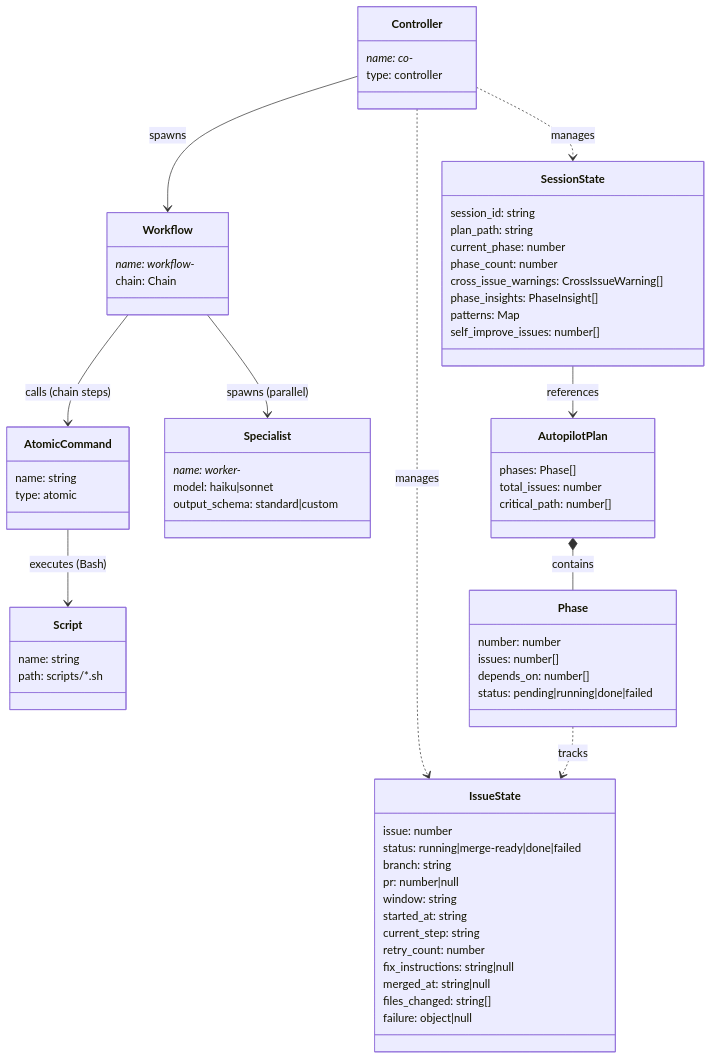
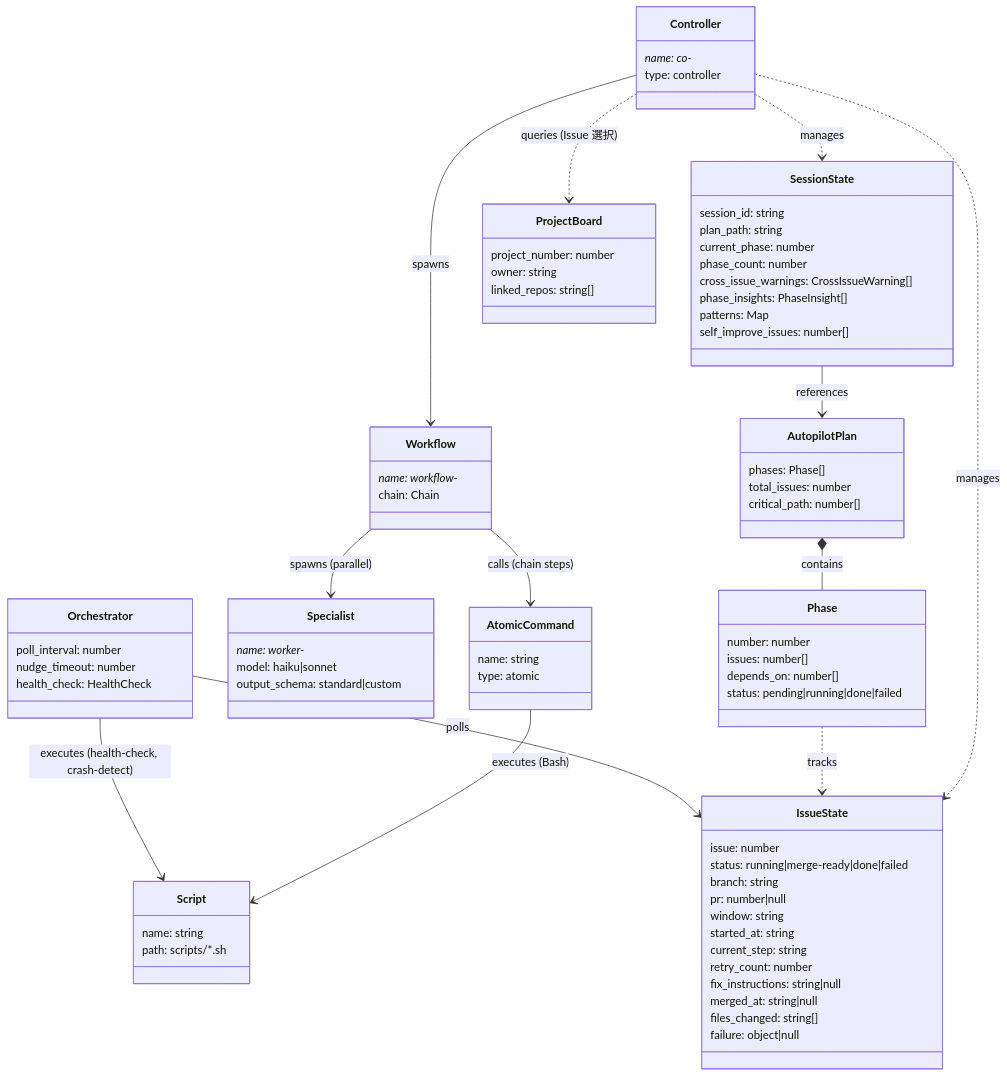
The first of 6 diagrams in plugins/dev/architecture/domain/model.md (shuu5/twill), drawn with Mermaid before and after one commit. The commit also changed other lines of this file and 109 other files, not shown here.

First line of the commit message:
refactor(architecture): 全面リフレッシュ - living document化

````diff
--- a/plugins/dev/architecture/domain/model.md
+++ b/plugins/dev/architecture/domain/model.md
@@ -5,68 +5,81 @@
 ```mermaid
 classDiagram
     class Controller {
         name: co-*
         type: controller
     }
     class Workflow {
         name: workflow-*
         chain: Chain
     }
     class AtomicCommand {
         name: string
         type: atomic
     }
     class Specialist {
         name: worker-*
         model: haiku|sonnet
         output_schema: standard|custom
     }
     class Script {
         name: string
         path: scripts/*.sh
     }
     class IssueState {
         issue: number
         status: running|merge-ready|done|failed
         branch: string
         pr: number|null
         window: string
         started_at: string
         current_step: string
         retry_count: number
         fix_instructions: string|null
         merged_at: string|null
         files_changed: string[]
         failure: object|null
     }
     class SessionState {
         session_id: string
         plan_path: string
         current_phase: number
         phase_count: number
         cross_issue_warnings: CrossIssueWarning[]
         phase_insights: PhaseInsight[]
         patterns: Map
         self_improve_issues: number[]
     }
     class Phase {
         number: number
         issues: number[]
         depends_on: number[]
         status: pending|running|done|failed
     }
     class AutopilotPlan {
         phases: Phase[]
         total_issues: number
         critical_path: number[]
     }
+    class ProjectBoard {
+        project_number: number
+        owner: string
+        linked_repos: string[]
+    }
+    class Orchestrator {
+        poll_interval: number
+        nudge_timeout: number
+        health_check: HealthCheck
+    }
     Controller --> Workflow : spawns
     Workflow --> AtomicCommand : calls (chain steps)
     Workflow --> Specialist : spawns (parallel)
     AtomicCommand --> Script : executes (Bash)
     Controller ..> IssueState : manages
     Controller ..> SessionState : manages
     SessionState --> AutopilotPlan : references
     AutopilotPlan *-- Phase : contains
     Phase ..> IssueState : tracks
+    Controller ..> ProjectBoard : queries (Issue 選択)
+    Orchestrator --> IssueState : polls
+    Orchestrator --> Script : executes (health-check, crash-detect)
 ```
````
